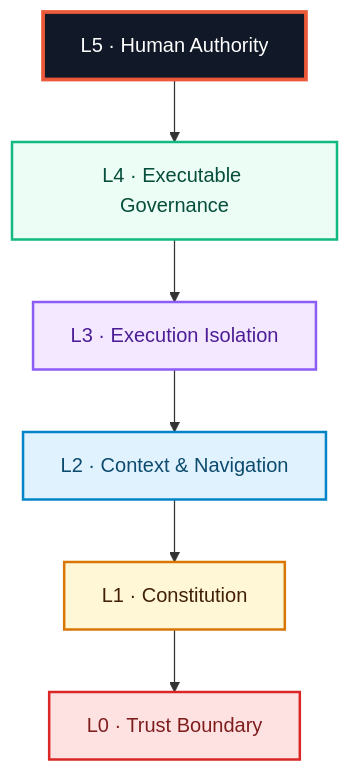
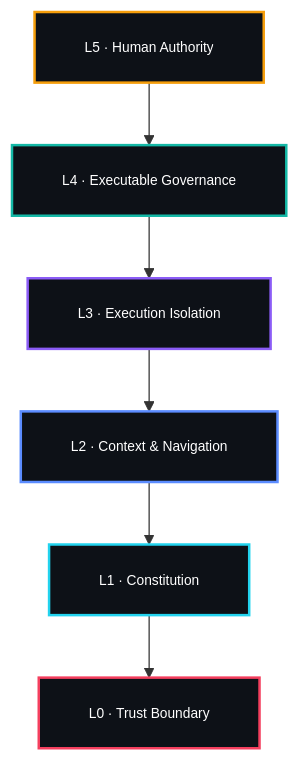
One commit to drferdii/Monorepo-safrs changed the second of 8 diagrams in README.md. Above: the diagram before and after it, drawn with Mermaid. The commit also changed other lines of this file, not shown here.

````diff
--- a/README.md
+++ b/README.md
@@ -237,25 +260,26 @@
 ```mermaid
+%%{init: {"flowchart": {"htmlLabels": false, "padding": 20}, "themeVariables": {"fontFamily": "monospace", "fontSize": "11px"}}}%%
 flowchart TB
     L5["L5 · Human Authority"]
     L4["L4 · Executable Governance"]
     L3["L3 · Execution Isolation"]
     L2["L2 · Context & Navigation"]
     L1["L1 · Constitution"]
     L0["L0 · Trust Boundary"]
 
     L5 --> L4 --> L3 --> L2 --> L1 --> L0
 
-    classDef authority fill:#111827,stroke:#EB5939,color:#FFFFFF,stroke-width:3px;
-    classDef governance fill:#ECFDF5,stroke:#10B981,color:#064E3B,stroke-width:2px;
-    classDef execution fill:#F3E8FF,stroke:#8B5CF6,color:#4C1D95,stroke-width:2px;
-    classDef context fill:#E0F2FE,stroke:#0284C7,color:#0C4A6E,stroke-width:2px;
-    classDef constitution fill:#FFF7D6,stroke:#D97706,color:#422006,stroke-width:2px;
-    classDef boundary fill:#FEE2E2,stroke:#DC2626,color:#7F1D1D,stroke-width:2px;
+    classDef authority fill:#0D1117,stroke:#F59E0B,color:#ffffff,stroke-width:2px;
+    classDef governance fill:#0D1117,stroke:#14B8A6,color:#ffffff,stroke-width:2px;
+    classDef execution fill:#0D1117,stroke:#8B5CF6,color:#ffffff,stroke-width:2px;
+    classDef context fill:#0D1117,stroke:#5B8CFF,color:#ffffff,stroke-width:2px;
+    classDef constitution fill:#0D1117,stroke:#22D3EE,color:#ffffff,stroke-width:2px;
+    classDef boundary fill:#0D1117,stroke:#F43F5E,color:#ffffff,stroke-width:2px;
 
     class L5 authority;
     class L4 governance;
     class L3 execution;
     class L2 context;
     class L1 constitution;
     class L0 boundary;
 ```
````
